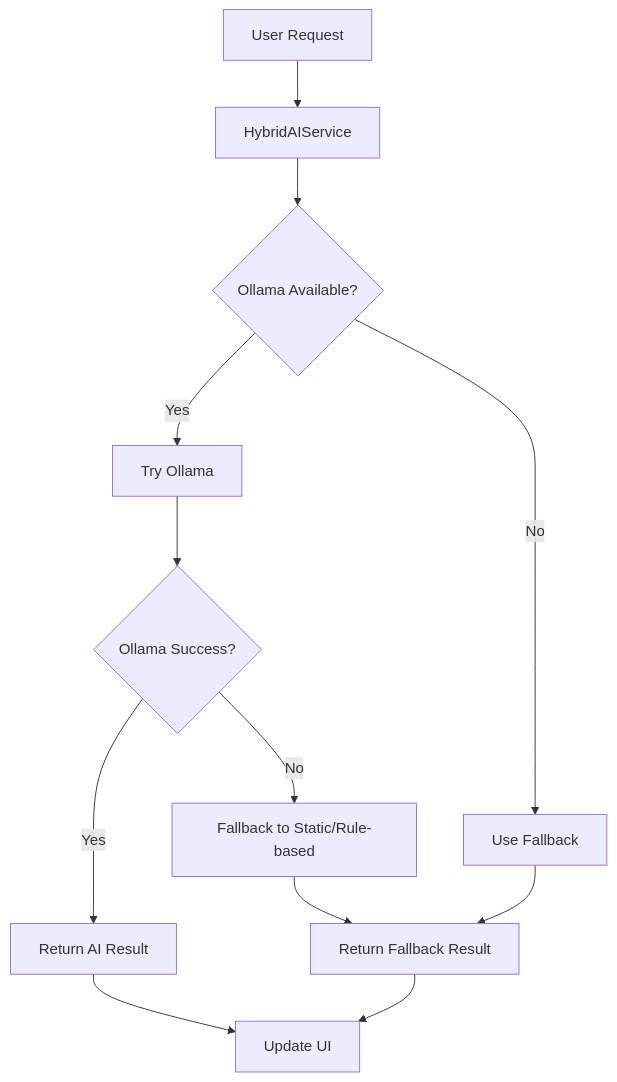
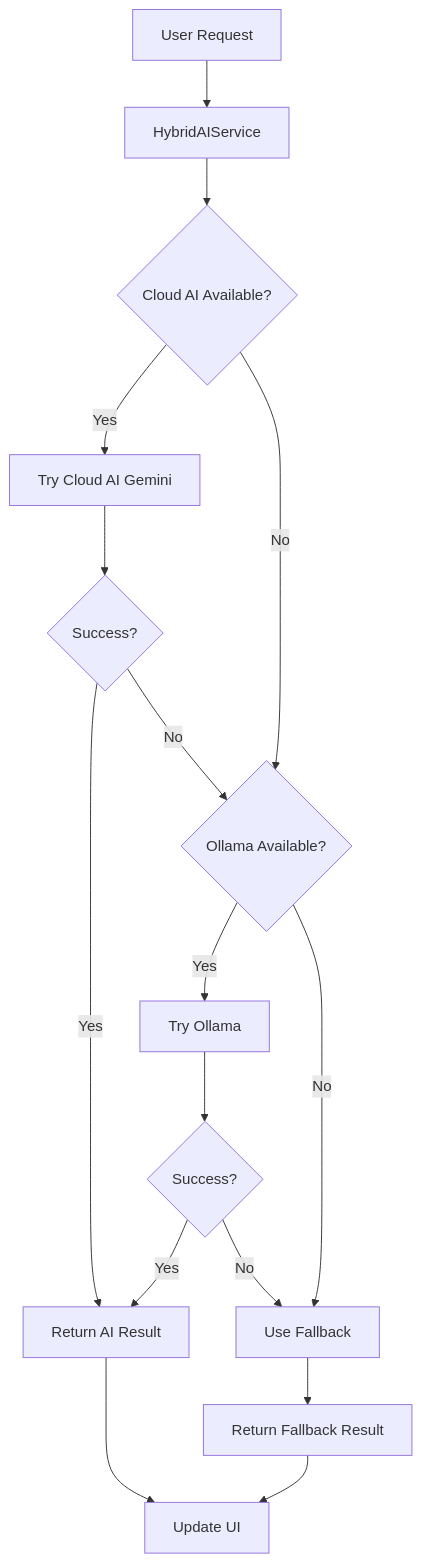
One commit to kemdav/voquadro changed the diagram in lib/src/ai-integration/README.md. Above: the diagram before and after it, drawn with Mermaid. The commit also changed other lines of this file and 15 other files, not shown here.

First line of the commit message:
feature: added cloud AI option via gemini API

````diff
--- a/lib/src/ai-integration/README.md
+++ b/lib/src/ai-integration/README.md
@@ -30,14 +80,18 @@
 ```mermaid
 graph TD
     A[User Request] --> B[HybridAIService]
-    B --> C{Ollama Available?}
-    C -->|Yes| D[Try Ollama]
-    C -->|No| E[Use Fallback]
-    D --> F{Ollama Success?}
+    B --> C{Cloud AI Available?}
+    C -->|Yes| D[Try Cloud AI Gemini]
+    C -->|No| E{Ollama Available?}
+    D --> F{Success?}
     F -->|Yes| G[Return AI Result]
-    F -->|No| H[Fallback to Static/Rule-based]
-    E --> I[Return Fallback Result]
-    H --> I
-    G --> J[Update UI]
-    I --> J
+    F -->|No| E
+    E -->|Yes| H[Try Ollama]
+    E -->|No| I[Use Fallback]
+    H --> J{Success?}
+    J -->|Yes| G
+    J -->|No| I
+    I --> K[Return Fallback Result]
+    G --> L[Update UI]
+    K --> L
 ```
````
